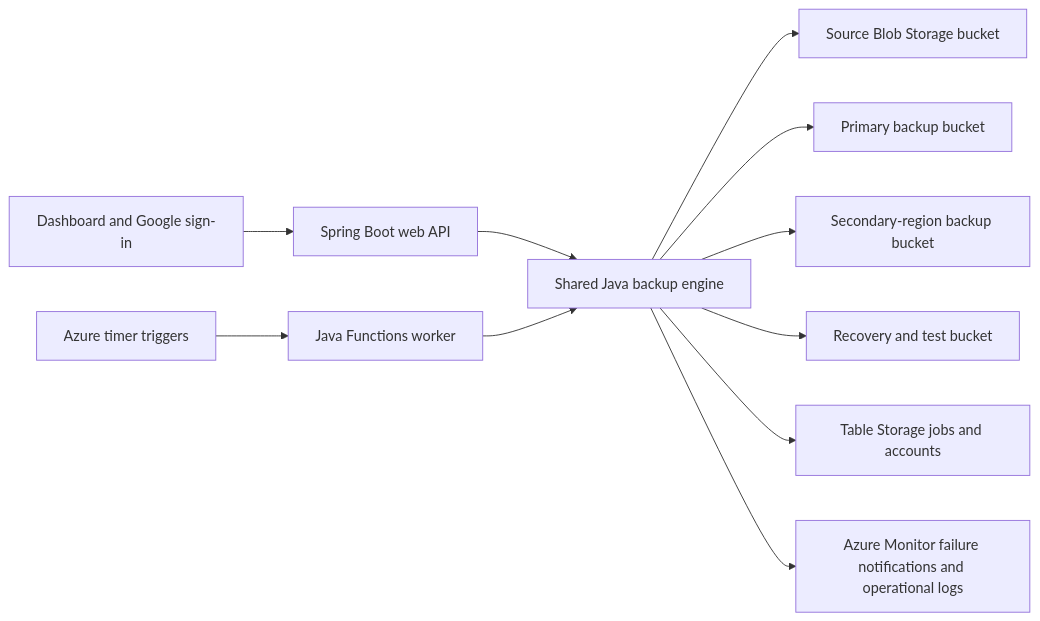
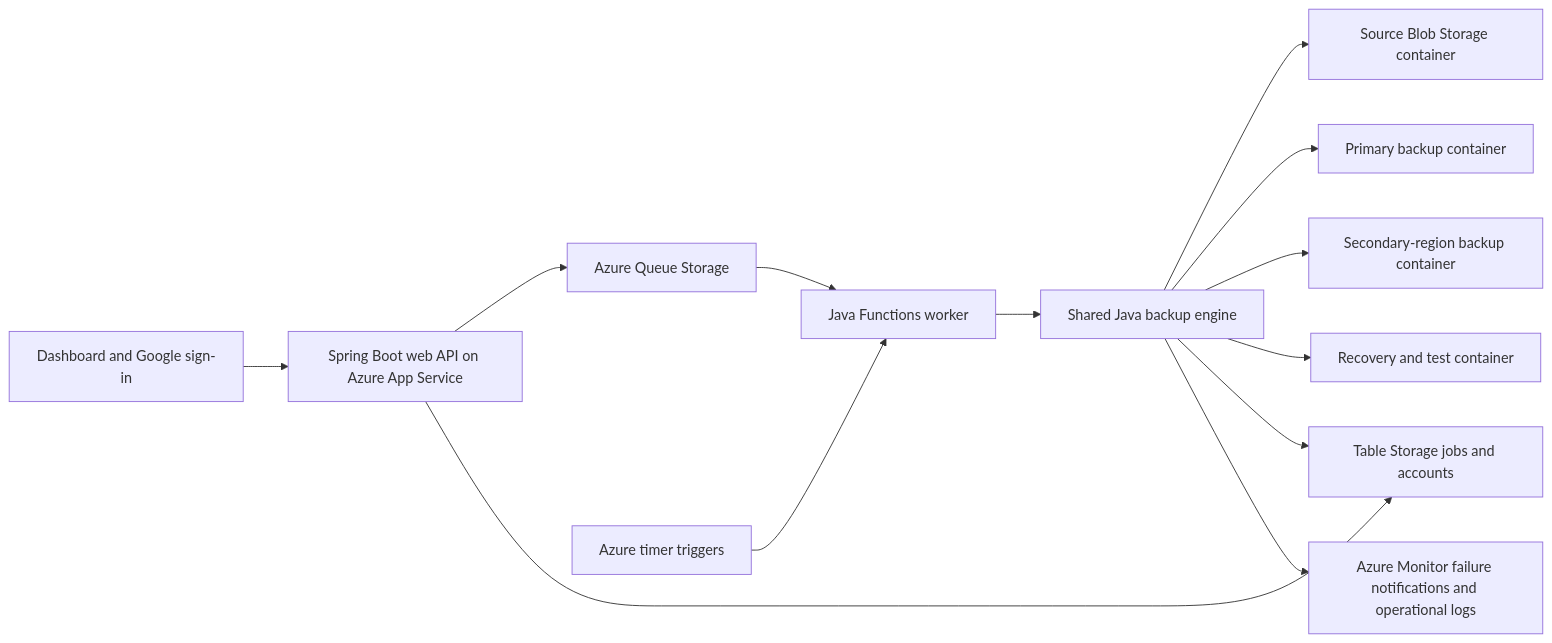
The diagram in docs/PROJECT_REPORT.md (bh4askar/cloudshield), drawn with Mermaid before and after one commit. The commit also changed 10 other files, not shown here.

Commit message:
Document live Azure dashboard and refresh package checks

````diff
--- a/docs/PROJECT_REPORT.md
+++ b/docs/PROJECT_REPORT.md
@@ -54,13 +54,15 @@
 ```mermaid
 flowchart LR
-  Browser[Dashboard and Google sign-in] --> Web[Spring Boot web API]
-  Web --> Engine[Shared Java backup engine]
+  Browser[Dashboard and Google sign-in] --> Web[Spring Boot web API on Azure App Service]
+  Web --> Queue[Azure Queue Storage]
+  Web --> Metadata[Table Storage jobs and accounts]
+  Queue --> Worker[Java Functions worker]
   Schedule[Azure timer triggers] --> Worker[Java Functions worker]
-  Worker --> Engine
-  Engine --> Source[Source Blob Storage bucket]
-  Engine --> Primary[Primary backup bucket]
-  Engine --> Secondary[Secondary-region backup bucket]
-  Engine --> Recovery[Recovery and test bucket]
+  Worker --> Engine[Shared Java backup engine]
+  Engine --> Source[Source Blob Storage container]
+  Engine --> Primary[Primary backup container]
+  Engine --> Secondary[Secondary-region backup container]
+  Engine --> Recovery[Recovery and test container]
   Engine --> Metadata[Table Storage jobs and accounts]
   Engine --> Alerts[Azure Monitor failure notifications and operational logs]
 ```
````
